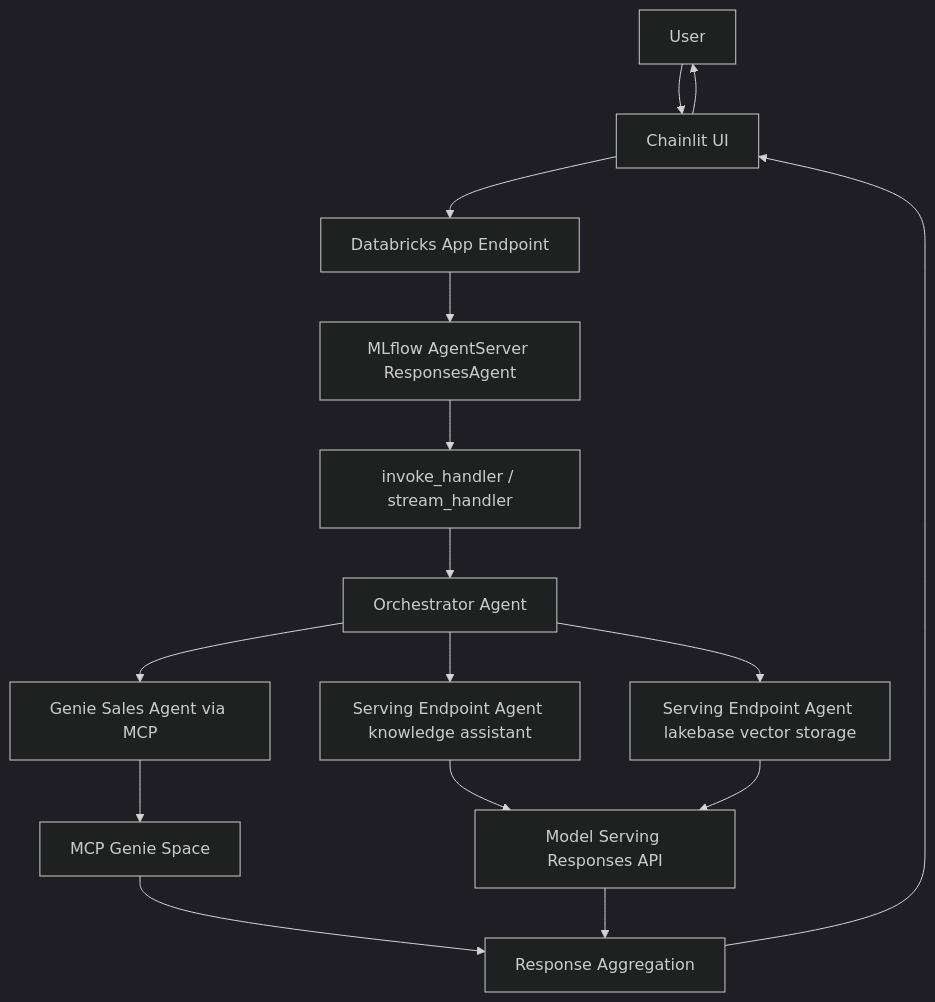
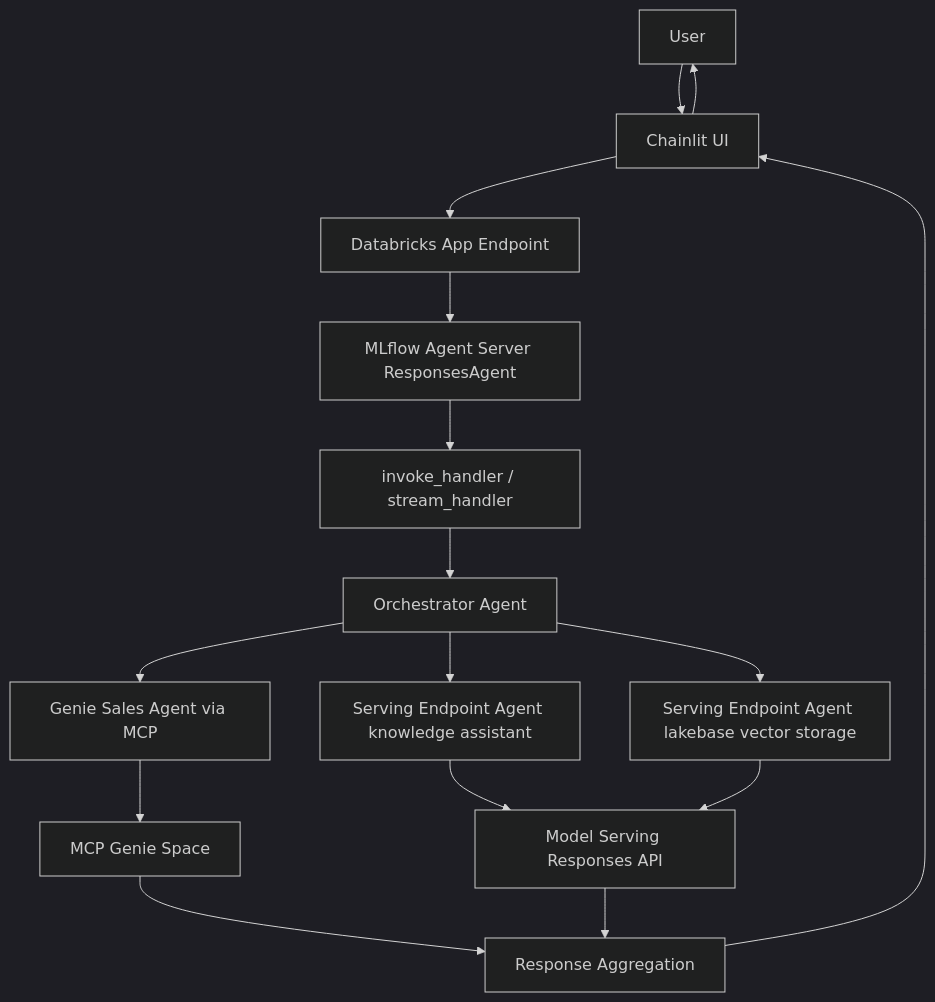
One commit to wchen-dea/Multi-Agent-App-On-Databricks changed the second of 2 diagrams in docs/architecture.md. Above: the diagram before and after it, drawn with Mermaid (dark theme). The commit also changed other lines of this file and 22 other files, not shown here.

````diff
--- a/docs/architecture.md
+++ b/docs/architecture.md
@@ -97,22 +107,22 @@
 ```mermaid
 flowchart TD
     U[User]
     U --> UI[Chainlit UI]
     UI --> APP[Databricks App Endpoint]
-    APP --> S[MLflow AgentServer ResponsesAgent]
+    APP --> S[MLflow Agent Server ResponsesAgent]
     S --> H[invoke_handler / stream_handler]
     H --> O[Orchestrator Agent]
 
     O --> G[Genie Sales Agent via MCP]
     O --> K[Serving Endpoint Agent knowledge assistant]
     O --> L[Serving Endpoint Agent lakebase vector storage]
 
     G --> M[MCP Genie Space]
     K --> R1[Model Serving Responses API]
     L --> R1
 
     M --> R[Response Aggregation]
     R1 --> R
     R --> UI
     UI --> U
 ```
````
